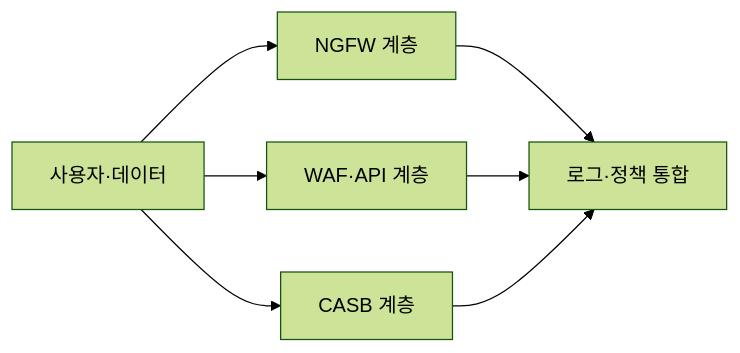
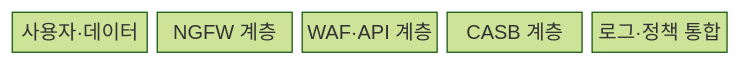
The first of 2 diagrams in src/content/docs/notes/05-security/022_ngfw_waf_casb_comparison.md (agnusdei1207/knowledge-base), drawn with Mermaid (forest theme) before and after one commit. The commit also changed other lines of this file and 11 other files, not shown here.

````diff
--- a/src/content/docs/notes/05-security/022_ngfw_waf_casb_comparison.md
+++ b/src/content/docs/notes/05-security/022_ngfw_waf_casb_comparison.md
@@ -60,9 +60,9 @@
 ```mermaid
-flowchart LR
-    A[사용자·데이터] --> B[NGFW 계층]
-    A --> C[WAF·API 계층]
-    A --> D[CASB 계층]
-    B --> E[로그·정책 통합]
-    C --> E
-    D --> E
+block-beta
+    columns 5
+    A["사용자·데이터"]
+    B["NGFW 계층"]
+    C["WAF·API 계층"]
+    D["CASB 계층"]
+    E["로그·정책 통합"]
 ```
````
